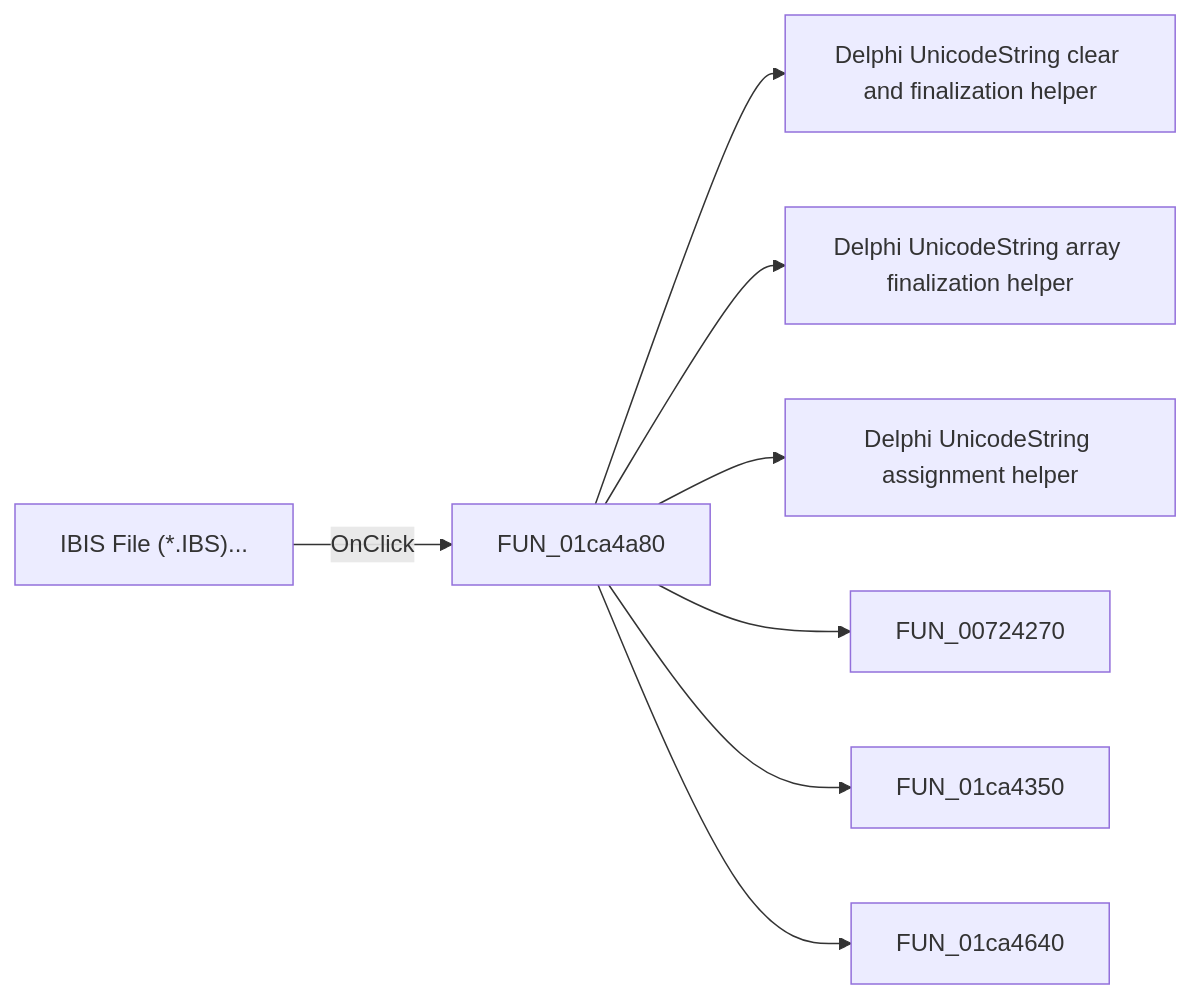
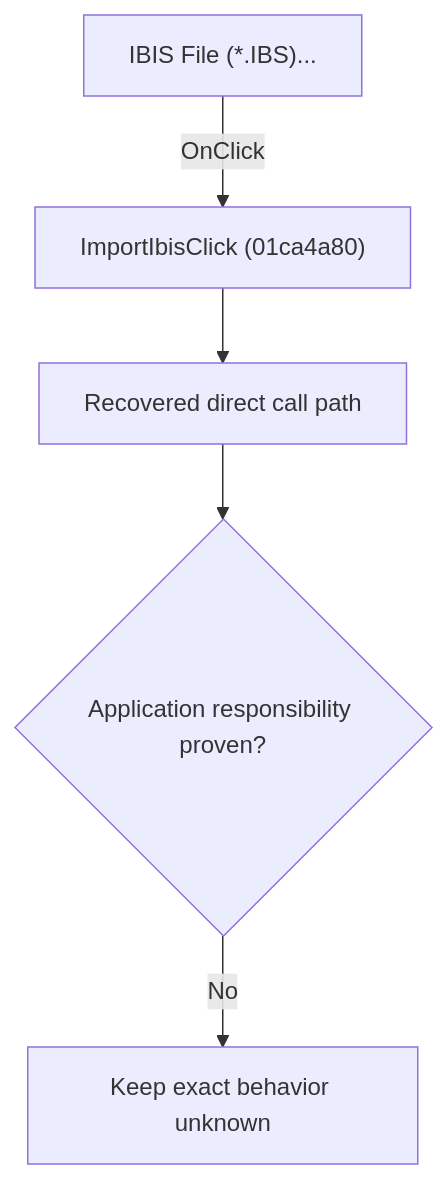
Before and after one commit to MovGP0/TIARA: the diagram in docs/ui-controls/schematiceditor/importibis-4110a8a88f.md, drawn with Mermaid. The commit also changed other lines of this file and 1062 other files, not shown here.

````diff
--- a/docs/ui-controls/schematiceditor/importibis-4110a8a88f.md
+++ b/docs/ui-controls/schematiceditor/importibis-4110a8a88f.md
@@ -27,10 +27,7 @@
 ```mermaid
-flowchart LR
-    control["IBIS File (*.IBS)..."] -->|OnClick| handler["FUN_01ca4a80"]
-    handler --> call1["Delphi UnicodeString clear and finalization helper"]
-    handler --> call2["Delphi UnicodeString array finalization helper"]
-    handler --> call3["Delphi UnicodeString assignment helper"]
-    handler --> call4["FUN_00724270"]
-    handler --> call5["FUN_01ca4350"]
-    handler --> call6["FUN_01ca4640"]
+flowchart TD
+    control["IBIS File (*.IBS)..."] -->|"OnClick"| handler["ImportIbisClick (01ca4a80)"]
+    handler --> recovered["Recovered direct call path"]
+    recovered --> gap{"Application responsibility proven?"}
+    gap -->|"No"| blocked["Keep exact behavior unknown"]
 ```
````
